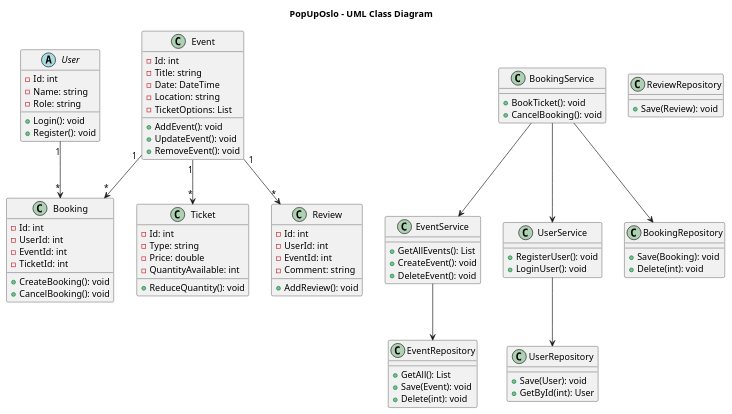
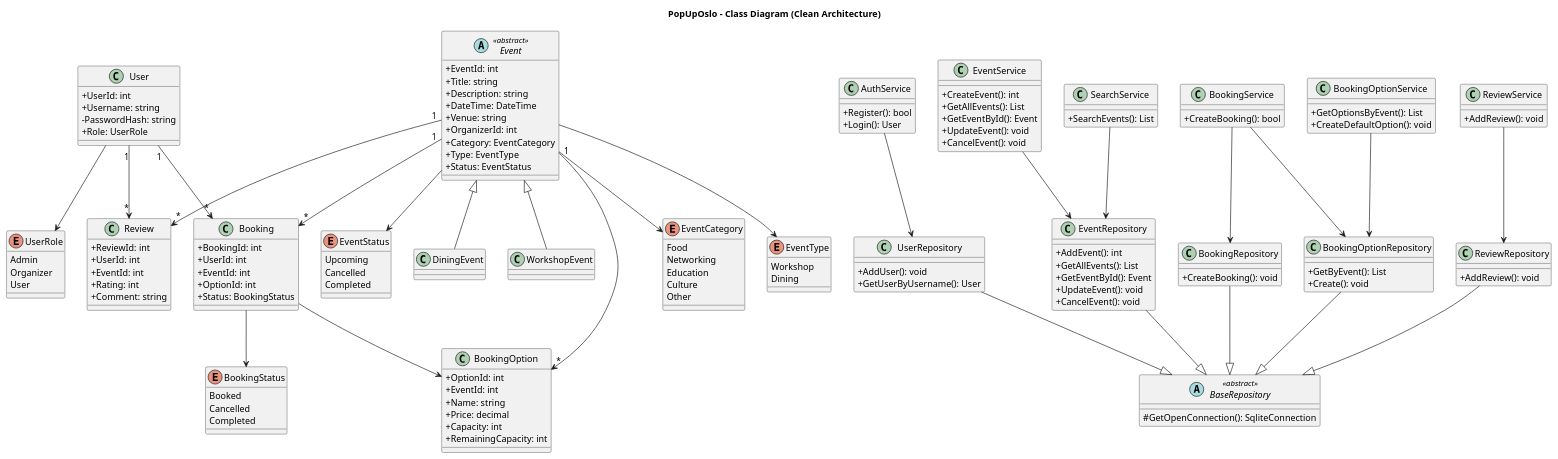
Before and after one commit to karynazakabluk/PopUpOslo: the diagram in docs/uml.puml, drawn with PlantUML. The commit also changed 5 other files, not shown here.

```diff
--- a/docs/uml.puml
+++ b/docs/uml.puml
@@ -1,96 +1,201 @@
 @startuml
-title PopUpOslo - UML Class Diagram
+title PopUpOslo - Class Diagram (Clean Architecture)
 
-abstract class User {
--Id: int
--Name: string
--Role: string
-+Login(): void
-+Register(): void
+skinparam classAttributeIconSize 0
+
+' =========================
+' ENUMS
+' =========================
+enum UserRole {
+  Admin
+  Organizer
+  User
 }
 
-class Event {
--Id: int
--Title: string
--Date: DateTime
--Location: string
--TicketOptions: List
-+AddEvent(): void
-+UpdateEvent(): void
-+RemoveEvent(): void
+enum EventCategory {
+  Food
+  Networking
+  Education
+  Culture
+  Other
 }
 
-class Ticket {
--Id: int
--Type: string
--Price: double
--QuantityAvailable: int
-+ReduceQuantity(): void
+enum EventType {
+  Workshop
+  Dining
 }
 
+enum EventStatus {
+  Upcoming
+  Cancelled
+  Completed
+}
+
+enum BookingStatus {
+  Booked
+  Cancelled
+  Completed
+}
+
+' =========================
+' DOMAIN ENTITIES
+' =========================
+
+class User {
+  +UserId: int
+  +Username: string
+  -PasswordHash: string
+  +Role: UserRole
+}
+
+abstract class Event <<abstract>> {
+  +EventId: int
+  +Title: string
+  +Description: string
+  +DateTime: DateTime
+  +Venue: string
+  +OrganizerId: int
+  +Category: EventCategory
+  +Type: EventType
+  +Status: EventStatus
+}
+
+class DiningEvent
+class WorkshopEvent
+
 class Booking {
--Id: int
--UserId: int
--EventId: int
--TicketId: int
-+CreateBooking(): void
-+CancelBooking(): void
+  +BookingId: int
+  +UserId: int
+  +EventId: int
+  +OptionId: int
+  +Status: BookingStatus
+}
+
+class BookingOption {
+  +OptionId: int
+  +EventId: int
+  +Name: string
+  +Price: decimal
+  +Capacity: int
+  +RemainingCapacity: int
 }
 
 class Review {
--Id: int
--UserId: int
--EventId: int
--Comment: string
-+AddReview(): void
+  +ReviewId: int
+  +UserId: int
+  +EventId: int
+  +Rating: int
+  +Comment: string
+}
+
+' =========================
+' INHERITANCE
+' =========================
+Event <|-- DiningEvent
+Event <|-- WorkshopEvent
+
+' =========================
+' SERVICES
+' =========================
+
+class AuthService {
+  +Register(): bool
+  +Login(): User
 }
 
 class EventService {
-+GetAllEvents(): List
-+CreateEvent(): void
-+DeleteEvent(): void
+  +CreateEvent(): int
+  +GetAllEvents(): List
+  +GetEventById(): Event
+  +UpdateEvent(): void
+  +CancelEvent(): void
 }
 
 class BookingService {
-+BookTicket(): void
-+CancelBooking(): void
+  +CreateBooking(): bool
 }
 
-class UserService {
-+RegisterUser(): void
-+LoginUser(): void
+class BookingOptionService {
+  +GetOptionsByEvent(): List
+  +CreateDefaultOption(): void
+}
+
+class ReviewService {
+  +AddReview(): void
+}
+
+class SearchService {
+  +SearchEvents(): List
+}
+
+' =========================
+' REPOSITORIES
+' =========================
+
+abstract class BaseRepository <<abstract>> {
+  #GetOpenConnection(): SqliteConnection
+}
+
+class UserRepository {
+  +AddUser(): void
+  +GetUserByUsername(): User
 }
 
 class EventRepository {
-+GetAll(): List
-+Save(Event): void
-+Delete(int): void
+  +AddEvent(): int
+  +GetAllEvents(): List
+  +GetEventById(): Event
+  +UpdateEvent(): void
+  +CancelEvent(): void
 }
 
 class BookingRepository {
-+Save(Booking): void
-+Delete(int): void
+  +CreateBooking(): void
 }
 
-class UserRepository {
-+Save(User): void
-+GetById(int): User
+class BookingOptionRepository {
+  +GetByEvent(): List
+  +Create(): void
 }
 
 class ReviewRepository {
-+Save(Review): void
+  +AddReview(): void
 }
 
+' =========================
+' RELATIONSHIPS
+' =========================
+
 User "1" --> "*" Booking
+User "1" --> "*" Review
+
 Event "1" --> "*" Booking
-Event "1" --> "*" Ticket
 Event "1" --> "*" Review
+Event "1" --> "*" BookingOption
 
+Booking --> BookingOption
+
+' enum connections
+User --> UserRole
+Event --> EventCategory
+Event --> EventType
+Event --> EventStatus
+Booking --> BookingStatus
+
+' services → repositories
+AuthService --> UserRepository
 EventService --> EventRepository
 BookingService --> BookingRepository
-UserService --> UserRepository
+BookingService --> BookingOptionRepository
+BookingOptionService --> BookingOptionRepository
+ReviewService --> ReviewRepository
+SearchService --> EventRepository
 
-BookingService --> EventService
-BookingService --> UserService
+' repository inheritance
+UserRepository --|> BaseRepository
+EventRepository --|> BaseRepository
+BookingRepository --|> BaseRepository
+BookingOptionRepository --|> BaseRepository
+ReviewRepository --|> BaseRepository
 
-@enduml
+@enduml 
```
